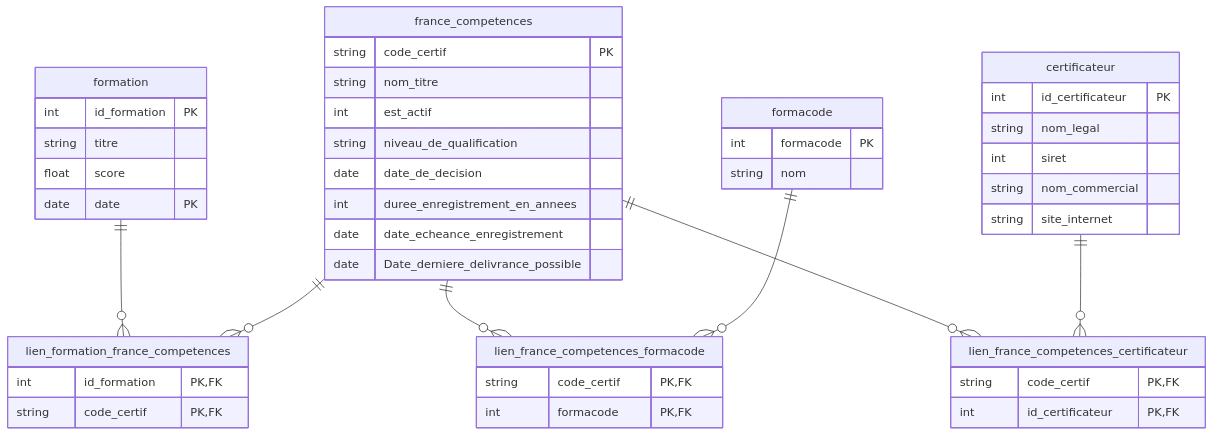
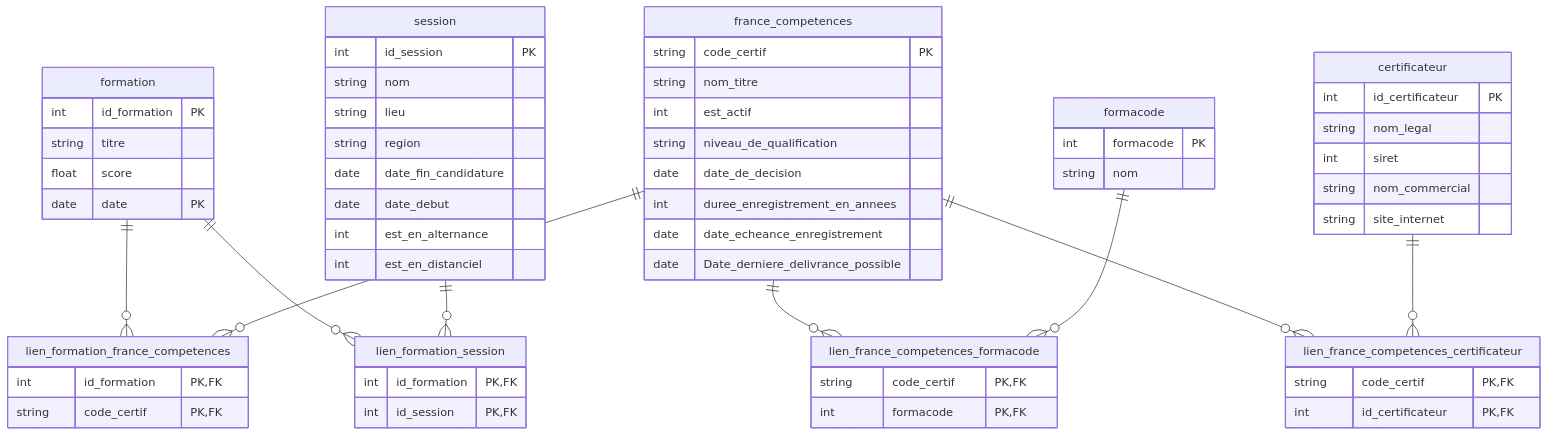
One commit to StevenDelval/Scraping_formations changed the diagram in schema.md. Above: the diagram before and after it, drawn with Mermaid.

Commit message:
Add seesion table

````diff
--- a/schema.md
+++ b/schema.md
@@ -1,59 +1,77 @@
 ```mermaid
 erDiagram
     formation {
         int id_formation PK
         string titre 
         float score
         date date PK
        
     }
     france_competences {
         string code_certif PK
         string nom_titre
         int est_actif
         string niveau_de_qualification
         date date_de_decision
         int duree_enregistrement_en_annees 
         date date_echeance_enregistrement
         date Date_derniere_delivrance_possible 
 
 
     }
     lien_formation_france_competences {
         int id_formation PK,FK
         string code_certif PK,FK
     }
     formacode{
         int formacode PK
         string nom
     }
 
     lien_france_competences_formacode {
         string code_certif PK,FK
         int formacode PK,FK
     }
 
     certificateur{
         int id_certificateur PK
         string nom_legal
         int siret
         string nom_commercial
         string site_internet 
     }
 
     lien_france_competences_certificateur{
         string code_certif PK,FK
         int id_certificateur PK,FK
     }
+    session{
+        int id_session PK
+        string nom
+        string lieu
+        string region
+        date date_fin_candidature
+        date date_debut
+        int est_en_alternance
+        int est_en_distanciel
+    }
 
+    lien_formation_session{
+        int id_formation PK,FK
+        int id_session PK,FK
+    }
     
 
     formation ||--o{ lien_formation_france_competences : ""
     france_competences ||--o{ lien_formation_france_competences : ""
     
     france_competences ||--o{ lien_france_competences_formacode : ""
     formacode ||--o{ lien_france_competences_formacode : ""
     
     france_competences ||--o{ lien_france_competences_certificateur : ""
     certificateur ||--o{ lien_france_competences_certificateur : ""
+    
+    formation ||--o{ lien_formation_session : ""
+    session ||--o{ lien_formation_session : ""
+    
 ```
````
